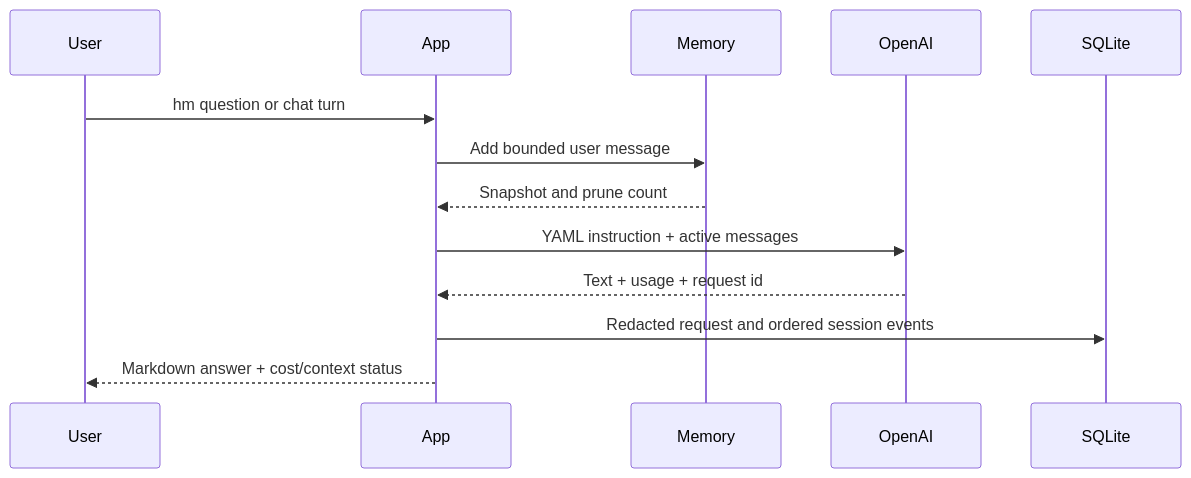
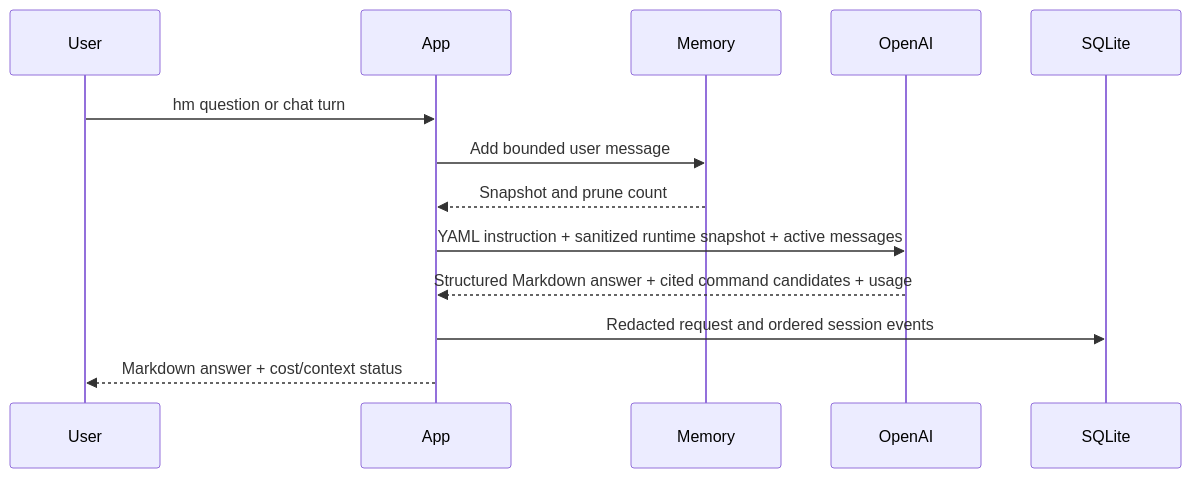
The second of 2 diagrams in docs/ARCHITECTURE.md (umbertotechnopreneur/PromptMeUp), drawn with Mermaid before and after one commit. The commit also changed other lines of this file and 39 other files, not shown here.

````diff
--- a/docs/ARCHITECTURE.md
+++ b/docs/ARCHITECTURE.md
@@ -31,16 +31,16 @@
 ```mermaid
 sequenceDiagram
     participant User
     participant App
     participant Memory
     participant OpenAI
     participant SQLite
 
     User->>App: hm question or chat turn
     App->>Memory: Add bounded user message
     Memory-->>App: Snapshot and prune count
-    App->>OpenAI: YAML instruction + active messages
-    OpenAI-->>App: Text + usage + request id
+    App->>OpenAI: YAML instruction + sanitized runtime snapshot + active messages
+    OpenAI-->>App: Structured Markdown answer + cited command candidates + usage
     App->>SQLite: Redacted request and ordered session events
     App-->>User: Markdown answer + cost/context status
 ```
````
